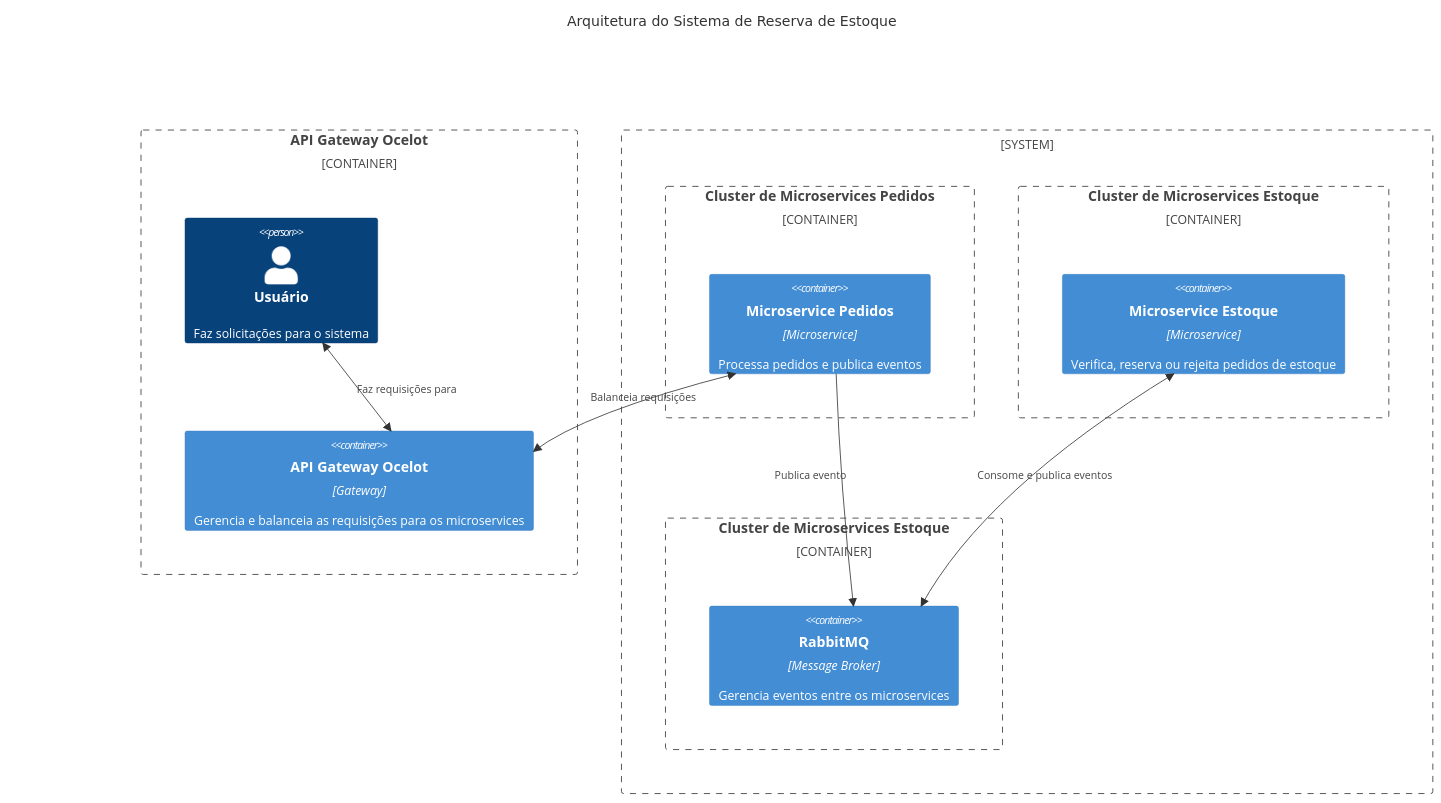
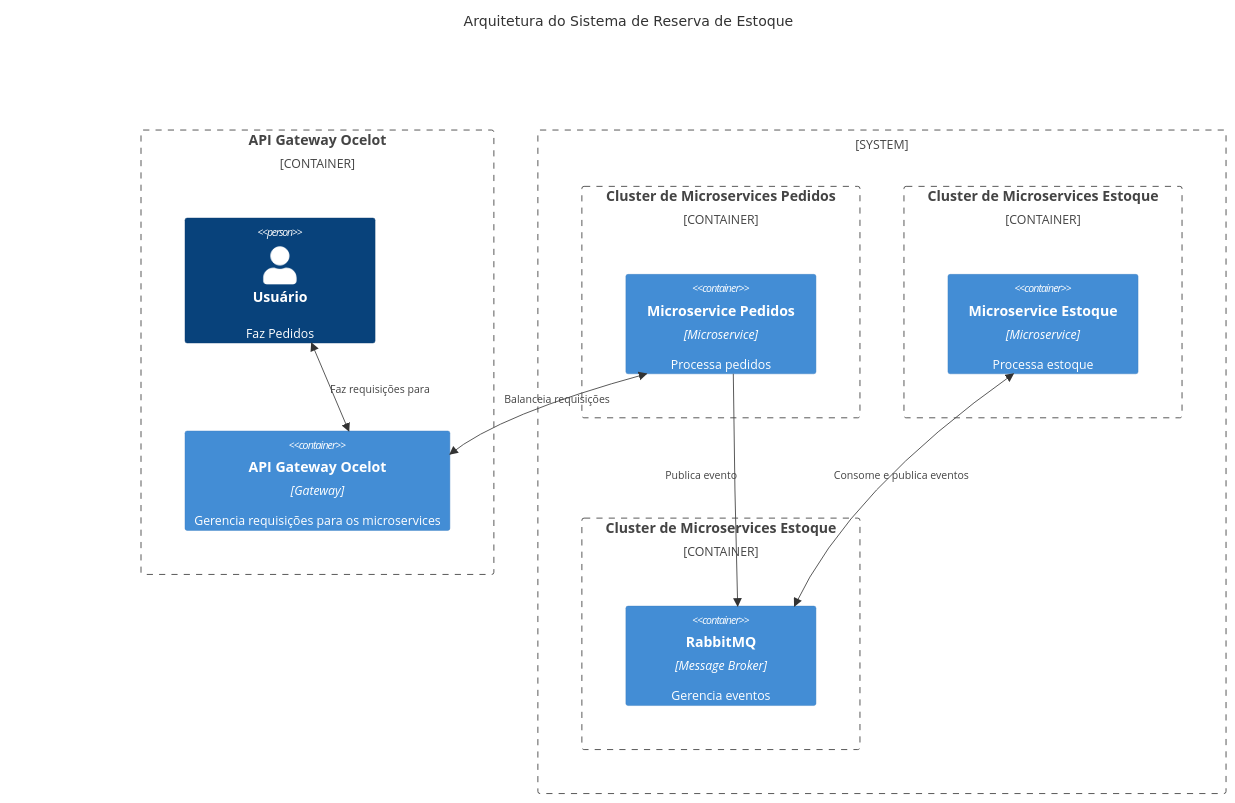
One commit to jeziellins/ReservaEstoqueDemo changed the second of 2 diagrams in README.md. Above: the diagram before and after it, drawn with Mermaid.

Commit message:
Refatorando as descrições dos componentes no diagrama C4

````diff
--- a/README.md
+++ b/README.md
@@ -26,36 +26,36 @@
 ```mermaid
 C4Context
 title Arquitetura do Sistema de Reserva de Estoque
 
 Container_Boundary(Gateway, "API Gateway Ocelot") {    
-    Person(Usuario, "Usuário", "Faz solicitações para o sistema")
-    Container(API_Gateway, "API Gateway Ocelot", "Gateway", "Gerencia e balanceia as requisições para os microservices")    
+    Person(Usuario, "Usuário", "Faz Pedidos")
+    Container(API_Gateway, "API Gateway Ocelot", "Gateway", "Gerencia requisições para os microservices")    
 }
 
 System_Boundary(Componentes, "") {
     Container_Boundary(PedidosCluster, "Cluster de Microservices Pedidos") {
-        Container(MicroservicePedidos1, "Microservice Pedidos", "Microservice", "Processa pedidos e publica eventos")
+        Container(MicroservicePedidos1, "Microservice Pedidos", "Microservice", "Processa pedidos")
         
     }
 
     Container_Boundary(EstoqueCluster, "Cluster de Microservices Estoque") {
-        Container(MicroserviceEstoque1, "Microservice Estoque", "Microservice", "Verifica, reserva ou rejeita pedidos de estoque")
+        Container(MicroserviceEstoque1, "Microservice Estoque", "Microservice", "Processa estoque")
         
     }
 
     Container_Boundary(MessageBroker, "Cluster de Microservices Estoque") {
-        Container(MessageBroker1, "RabbitMQ", "Message Broker", "Gerencia eventos entre os microservices")
+        Container(MessageBroker1, "RabbitMQ", "Message Broker", "Gerencia eventos")
     }
     
 }
 
 BiRel(Usuario, API_Gateway, "Faz requisições para")
 BiRel(API_Gateway, MicroservicePedidos1, "Balanceia requisições")
 Rel(MicroservicePedidos1, MessageBroker1, "Publica evento")
 BiRel(MessageBroker1, MicroserviceEstoque1, "Consome e publica eventos")
 
 UpdateRelStyle(API_Gateway, MicroservicePedidos1, $offsetX="-50", $offsetY="-20")
 UpdateRelStyle(MicroservicePedidos1, MessageBroker1, $offsetX="-80", $offsetY="-20")
 UpdateRelStyle(MessageBroker1, MicroserviceEstoque1, $offsetX="-80", $offsetY="-20")
 UpdateLayoutConfig($c4ShapeInRow="1", $c4BoundaryInRow="2")
 ```
````
